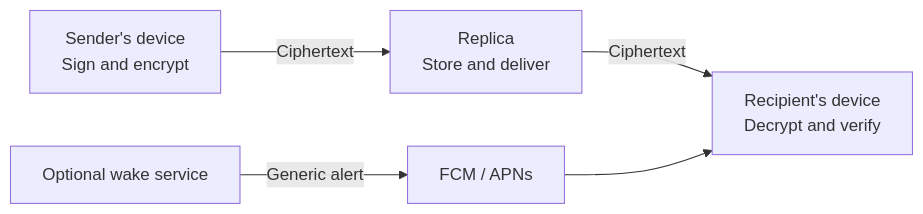
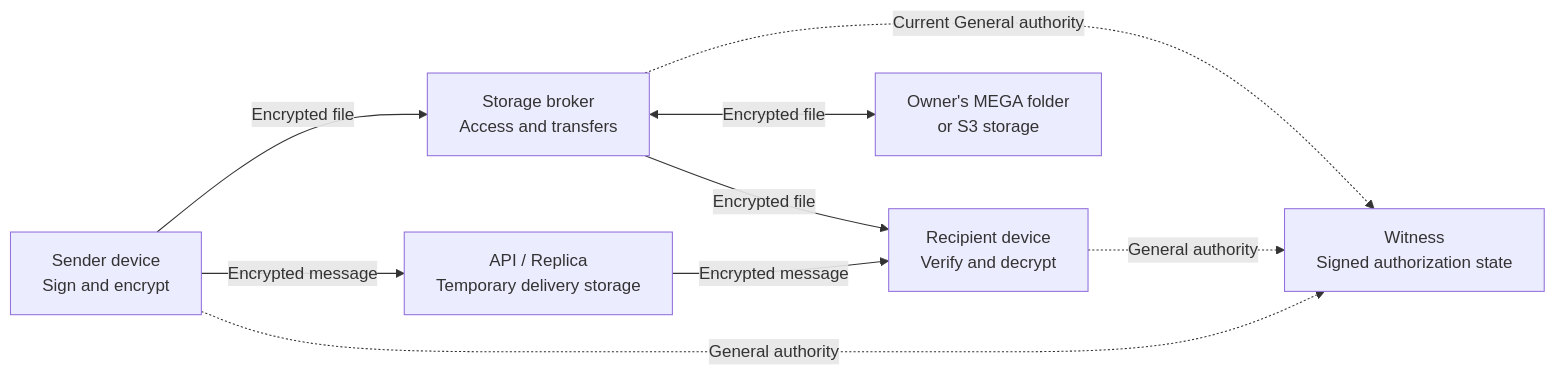
One commit to elo-now/elo-now changed the second of 2 diagrams in README.md. Above: the diagram before and after it, drawn with Mermaid. The commit also changed other lines of this file and 93 other files, not shown here.

````diff
--- a/README.md
+++ b/README.md
@@ -68,7 +108,11 @@
 ```mermaid
 flowchart LR
-    A["Sender's device<br/>Sign and encrypt"] -->|Ciphertext| R["Replica<br/>Store and deliver"]
-    R -->|Ciphertext| B["Recipient's device<br/>Decrypt and verify"]
-    W["Optional wake service"] -->|Generic alert| P["FCM / APNs"]
-    P --> B
+    A["Sender device<br/>Sign and encrypt"] -->|Encrypted message| R["API / Replica<br/>Temporary delivery storage"]
+    R -->|Encrypted message| B["Recipient device<br/>Verify and decrypt"]
+    A -.->|General authority| W["Witness<br/>Signed authorization state"]
+    B -.->|General authority| W
+    A -->|Encrypted file| S["Storage broker<br/>Access and transfers"]
+    S <-->|Encrypted file| F["Owner's MEGA folder<br/>or S3 storage"]
+    S -->|Encrypted file| B
+    S -.->|Current General authority| W
 ```
````
